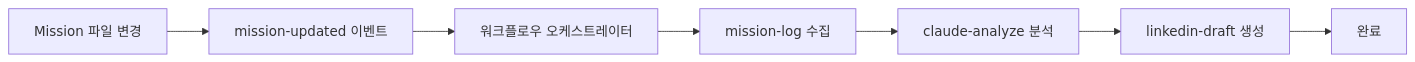
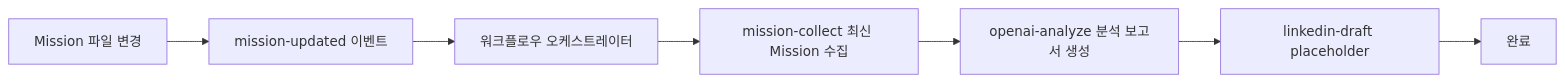
Before and after one commit to pandol69kim-bot/gitautopipe: the second of 7 diagrams in docs/FLOW CHART.md, drawn with Mermaid. The commit also changed other lines of this file and 18 other files, not shown here.

First line of the commit message:
feat: Update mission workflow to integrate OpenAI analysis and LinkedIn draft generation

````diff
--- a/docs/FLOW CHART.md
+++ b/docs/FLOW CHART.md
@@ -42,9 +42,9 @@
 ```mermaid
 flowchart LR
     MissionFile[Mission 파일 변경] --> Event[mission-updated 이벤트]
     Event --> Orchestrator[워크플로우 오케스트레이터]
-    Orchestrator --> Step1[mission-log 수집]
-    Step1 --> Step2[claude-analyze 분석]
-    Step2 --> Step3[linkedin-draft 생성]
+    Orchestrator --> Step1[mission-collect 최신 Mission 수집]
+    Step1 --> Step2[openai-analyze 분석 보고서 생성]
+    Step2 --> Step3[linkedin-draft placeholder]
     Step3 --> Done[완료]
 ```
````
